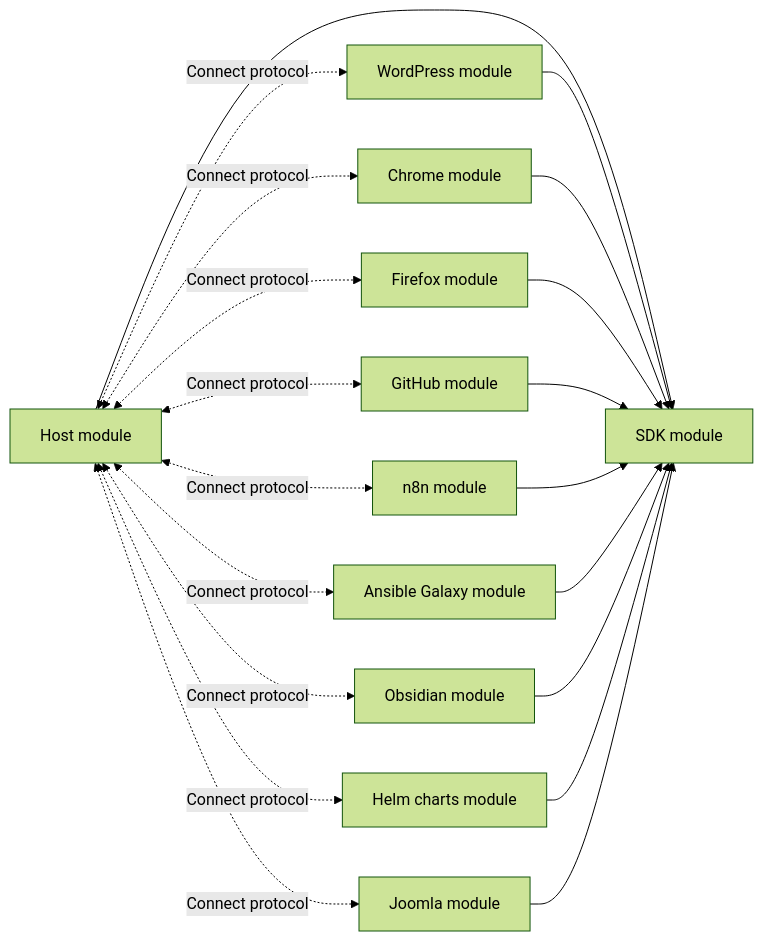
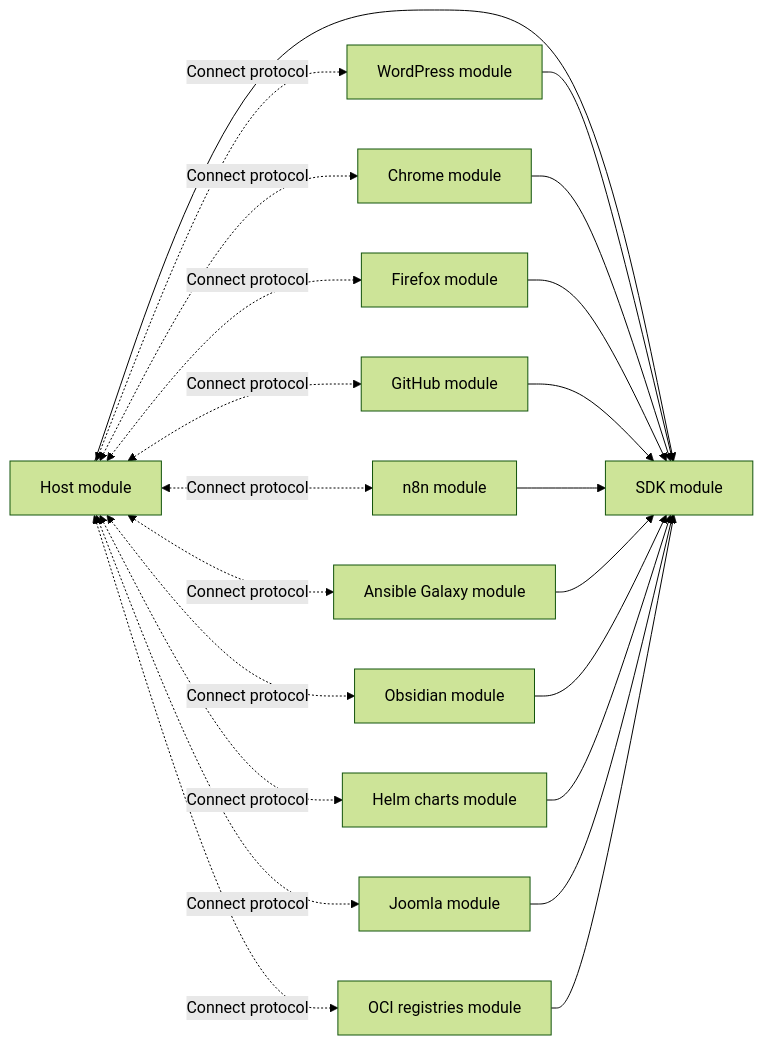
One commit to rezen/dug changed the diagram in docs/monorepo.md. Above: the diagram before and after it, drawn with Mermaid (forest theme). The commit also changed other lines of this file and 61 other files, not shown here.

````diff
--- a/docs/monorepo.md
+++ b/docs/monorepo.md
@@ -22,22 +23,24 @@
 ```mermaid
 flowchart LR
     Host[Host module] --> SDK[SDK module]
     WP[WordPress module] --> SDK
     Chrome[Chrome module] --> SDK
     Firefox[Firefox module] --> SDK
     GitHub[GitHub module] --> SDK
     N8N[n8n module] --> SDK
     AnsibleGalaxy[Ansible Galaxy module] --> SDK
     Obsidian[Obsidian module] --> SDK
     Helmcharts[Helm charts module] --> SDK
     Joomla[Joomla module] --> SDK
+    OCIregistries[OCI registries module] --> SDK
     Host <-. Connect protocol .-> WP
     Host <-. Connect protocol .-> Chrome
     Host <-. Connect protocol .-> Firefox
     Host <-. Connect protocol .-> GitHub
     Host <-. Connect protocol .-> N8N
     Host <-. Connect protocol .-> AnsibleGalaxy
     Host <-. Connect protocol .-> Obsidian
     Host <-. Connect protocol .-> Helmcharts
     Host <-. Connect protocol .-> Joomla
+    Host <-. Connect protocol .-> OCIregistries
 ```
````
